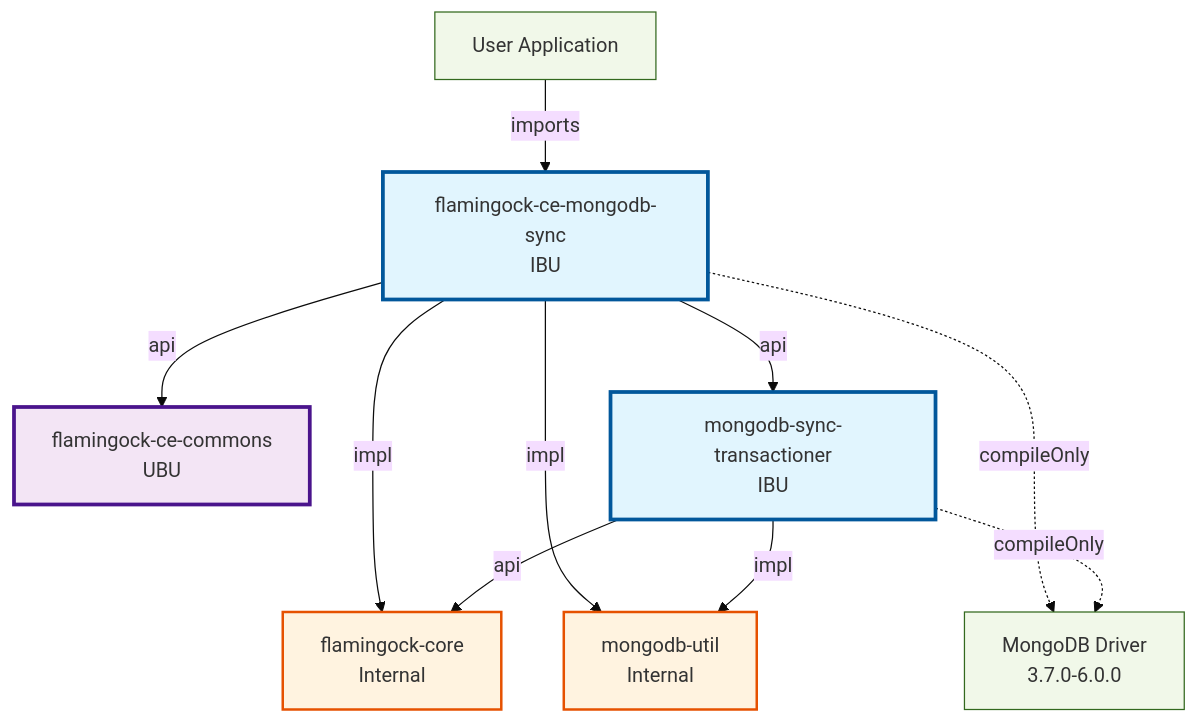
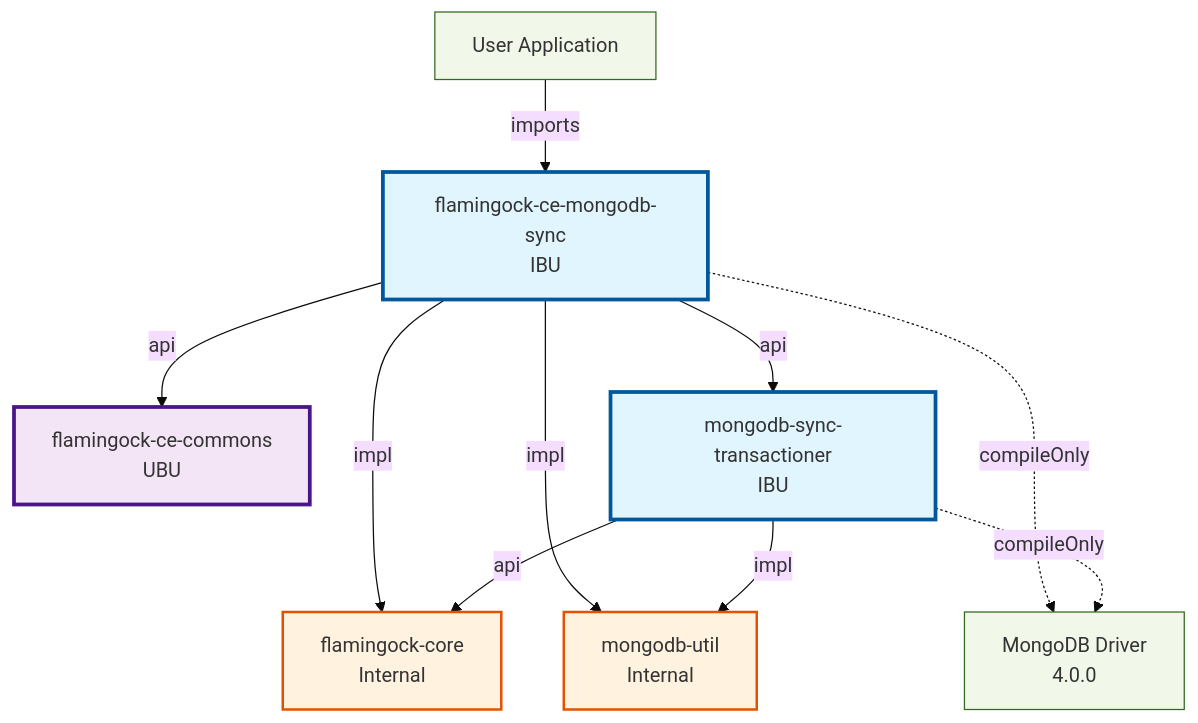
One commit to mongock/flamingock-project changed the third of 6 diagrams in docs/ARCHITECTURE_OVERVIEW.md. Above: the diagram before and after it, drawn with Mermaid (base theme). The commit also changed other lines of this file and 11 other files, not shown here.

````diff
--- a/docs/ARCHITECTURE_OVERVIEW.md
+++ b/docs/ARCHITECTURE_OVERVIEW.md
@@ -299,26 +299,26 @@
 ```mermaid
 graph TB
     classDef ibu fill:#e1f5fe,stroke:#01579b,stroke-width:3px
     classDef ubu fill:#f3e5f5,stroke:#4a148c,stroke-width:3px
     classDef internal fill:#fff3e0,stroke:#e65100,stroke-width:2px
     classDef external fill:#f1f8e9,stroke:#33691e,stroke-width:1px
 
     User[User Application]:::external
     User -->|imports| flamingock-ce-mongodb-sync
     
     flamingock-ce-mongodb-sync[flamingock-ce-mongodb-sync<br/>IBU]:::ibu
     flamingock-ce-commons[flamingock-ce-commons<br/>UBU]:::ubu
     mongodb-sync-transactioner[mongodb-sync-transactioner<br/>IBU]:::ibu
     flamingock-core[flamingock-core<br/>Internal]:::internal
     mongodb-util[mongodb-util<br/>Internal]:::internal
-    MongoDriver[MongoDB Driver<br/>3.7.0-6.0.0]:::external
+    MongoDriver[MongoDB Driver<br/>4.0.0]:::external
     
     flamingock-ce-mongodb-sync -->|api| flamingock-ce-commons
     flamingock-ce-mongodb-sync -->|api| mongodb-sync-transactioner
     flamingock-ce-mongodb-sync -->|impl| flamingock-core
     flamingock-ce-mongodb-sync -->|impl| mongodb-util
     flamingock-ce-mongodb-sync -.->|compileOnly| MongoDriver
     mongodb-sync-transactioner -->|api| flamingock-core
     mongodb-sync-transactioner -->|impl| mongodb-util
     mongodb-sync-transactioner -.->|compileOnly| MongoDriver
 ```
````
